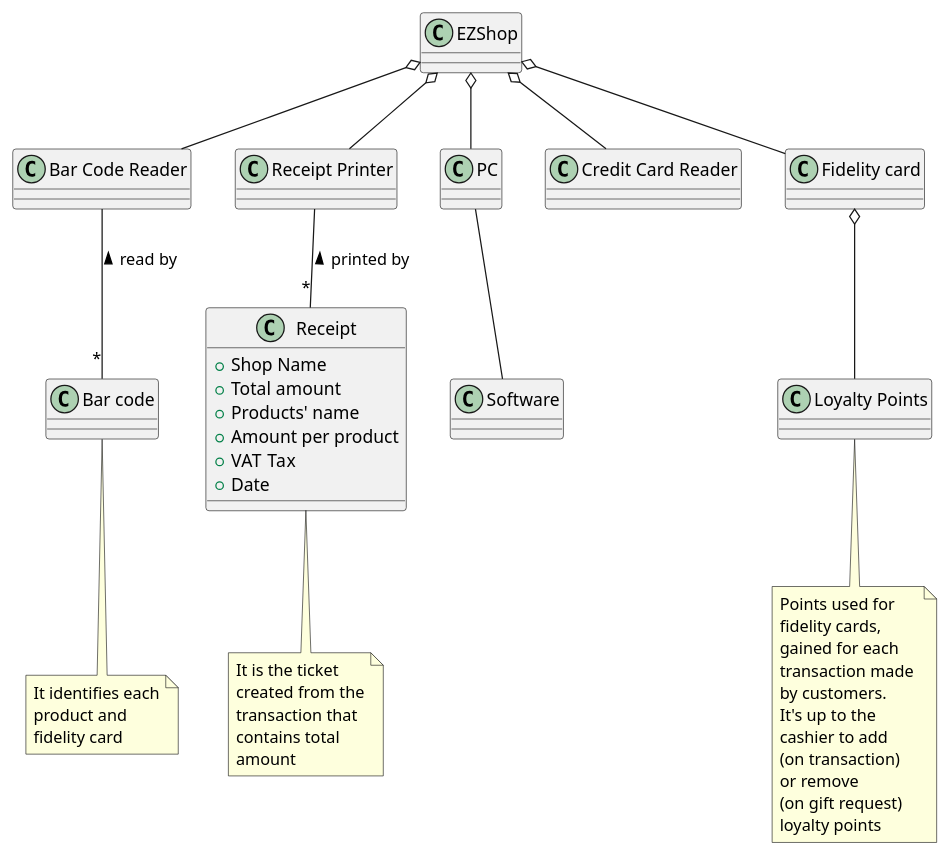
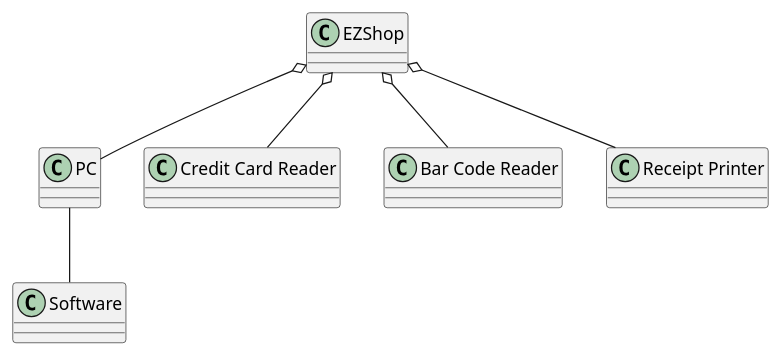
The fourth of 5 diagrams in Deliverables/RequirementsDocument.md (GrayNeel/SoftEngProject-EZShop), drawn with PlantUML before and after one commit. The commit also changed other lines of this file, not shown here.

Commit message:
fix(Requirements): rebuilt Glossary

````diff
--- a/Deliverables/RequirementsDocument.md
+++ b/Deliverables/RequirementsDocument.md
@@ -441,46 +596,17 @@
 ```plantuml
 @startuml
 class PC
 class "Credit Card Reader" as ccr
 class "Bar Code Reader" as bcr
 class "EZShop" as ez
 class "Software" as s
 class "Receipt Printer" as rp
-class "Fidelity card" as fc
 
 ez o-- PC
 ez o-- ccr
 ez o-- bcr
 ez o-- rp
-ez o-- fc
 s -up- PC
-
-/' Glossary '/
-class "Receipt" as r {
-	+Shop Name
-	+Total amount
-	+Products' name
-	+Amount per product
-	+VAT Tax
-	+Date
-}
-class "Loyalty Points" as lp
-class "Bar code" as bc
-
-r "*" -up- rp : printed by >
-bc "*" -up- bcr : read by >
-
-note "It is the ticket\ncreated from the\ntransaction that \ncontains total\namount" as N1
-note "It identifies each\nproduct and \nfidelity card" as N2
-
-N1 -up- r
-N2 -up- bc
-fc o-- lp
-
-note "Points used for \nfidelity cards, \ngained for each \ntransaction made \nby customers. \nIt's up to the\ncashier to add \n(on transaction) \nor remove \n(on gift request) \nloyalty points" as N3
-
-/'Check if lp go with EZShop'/
-N3 -up- lp
 
 @enduml
 ```
````
